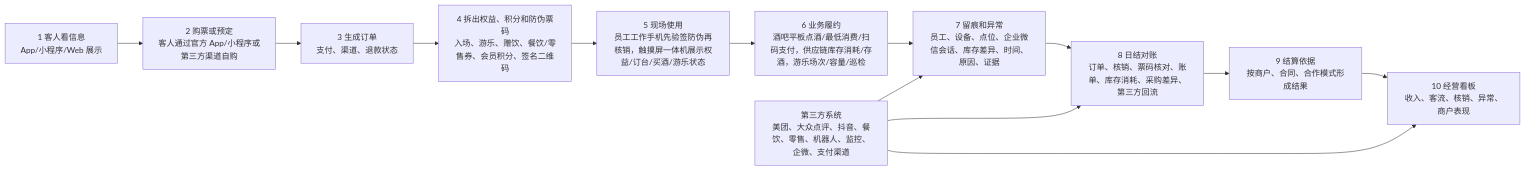
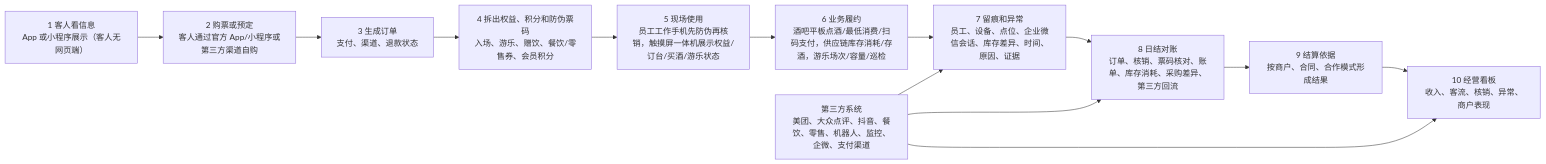
The second of 5 diagrams in docs/business-functional-topology-v0.1.md (jxh1979/mall), drawn with Mermaid before and after one commit. The commit also changed other lines of this file and 15 other files, not shown here.

````diff
--- a/docs/business-functional-topology-v0.1.md
+++ b/docs/business-functional-topology-v0.1.md
@@ -172,16 +172,16 @@
 ```mermaid
 flowchart LR
-  A["1 客人看信息<br/>App/小程序/Web 展示"] --> B["2 购票或预定<br/>客人通过官方 App/小程序或第三方渠道自购"]
+  A["1 客人看信息<br/>App 或小程序展示（客人无网页端）"] --> B["2 购票或预定<br/>客人通过官方 App/小程序或第三方渠道自购"]
   B --> C["3 生成订单<br/>支付、渠道、退款状态"]
-  C --> D["4 拆出权益、积分和防伪票码<br/>入场、游乐、赠饮、餐饮/零售券、会员积分、签名二维码"]
-  D --> E["5 现场使用<br/>员工工作手机先验签防伪再核销，触摸屏一体机展示权益/订台/买酒/游乐状态"]
+  C --> D["4 拆出权益、积分和防伪票码<br/>入场、游乐、赠饮、餐饮/零售券、会员积分"]
+  D --> E["5 现场使用<br/>员工工作手机先防伪再核销，触摸屏一体机展示权益/订台/买酒/游乐状态"]
   E --> F["6 业务履约<br/>酒吧平板点酒/最低消费/扫码支付，供应链库存消耗/存酒，游乐场次/容量/巡检"]
   F --> G["7 留痕和异常<br/>员工、设备、点位、企业微信会话、库存差异、时间、原因、证据"]
   G --> H["8 日结对账<br/>订单、核销、票码核对、账单、库存消耗、采购差异、第三方回流"]
   H --> I["9 结算依据<br/>按商户、合同、合作模式形成结果"]
   I --> J["10 经营看板<br/>收入、客流、核销、异常、商户表现"]
 
   K["第三方系统<br/>美团、大众点评、抖音、餐饮、零售、机器人、监控、企微、支付渠道"] --> G
   K --> H
   K --> J
 ```
````
